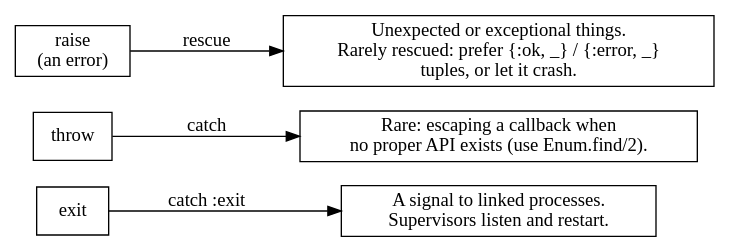
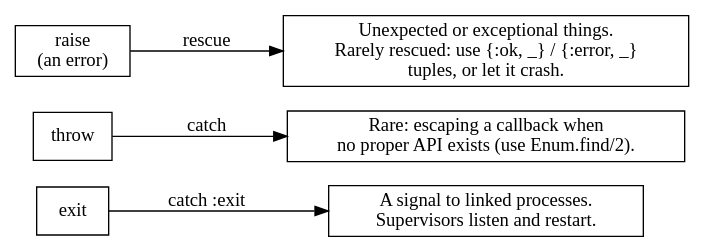
Before and after one commit to danceinthefake/visualixir: the diagram in docs/diagrams/try-catch-and-rescue/mechanisms.dot, drawn with Graphviz. The commit also changed 37 other files, not shown here.

```diff
--- a/docs/diagrams/try-catch-and-rescue/mechanisms.dot
+++ b/docs/diagrams/try-catch-and-rescue/mechanisms.dot
@@ -1,13 +1,13 @@
 digraph mechanisms {
   rankdir=LR
   node [shape=box]
   x2 [label="A signal to linked processes.\nSupervisors listen and restart."]
   ext [label="exit" class=hl]
   ext -> x2 [label=" catch :exit"]
   t2 [label="Rare: escaping a callback when\nno proper API exists (use Enum.find/2)."]
   thr [label="throw" class=hl]
   thr -> t2 [label=" catch"]
-  e2 [label="Unexpected or exceptional things.\nRarely rescued: prefer {:ok, _} / {:error, _}\ntuples, or let it crash."]
+  e2 [label="Unexpected or exceptional things.\nRarely rescued: use {:ok, _} / {:error, _}\ntuples, or let it crash."]
   err [label="raise\n(an error)" class=hl]
   err -> e2 [label=" rescue"]
 }
```
